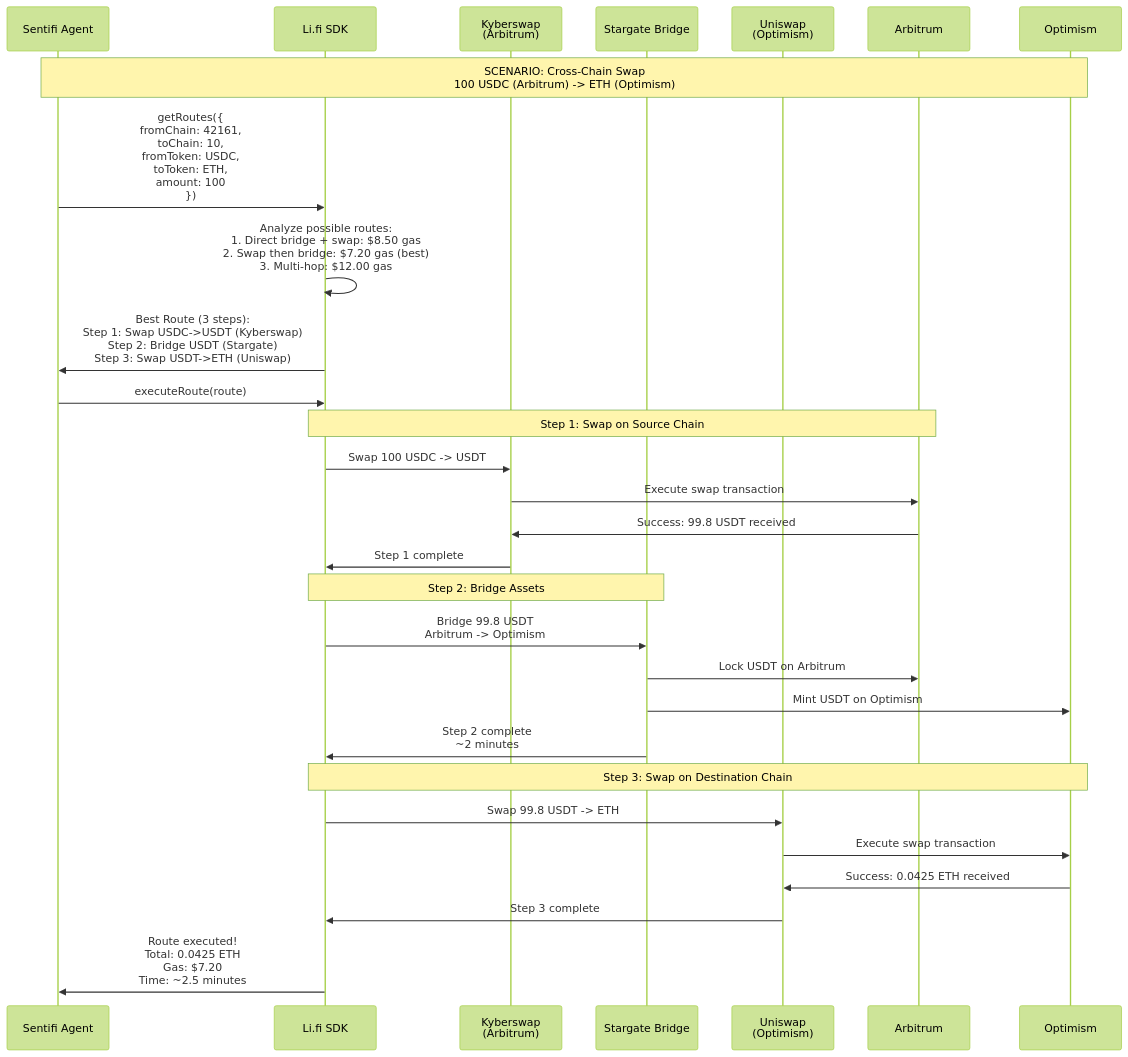
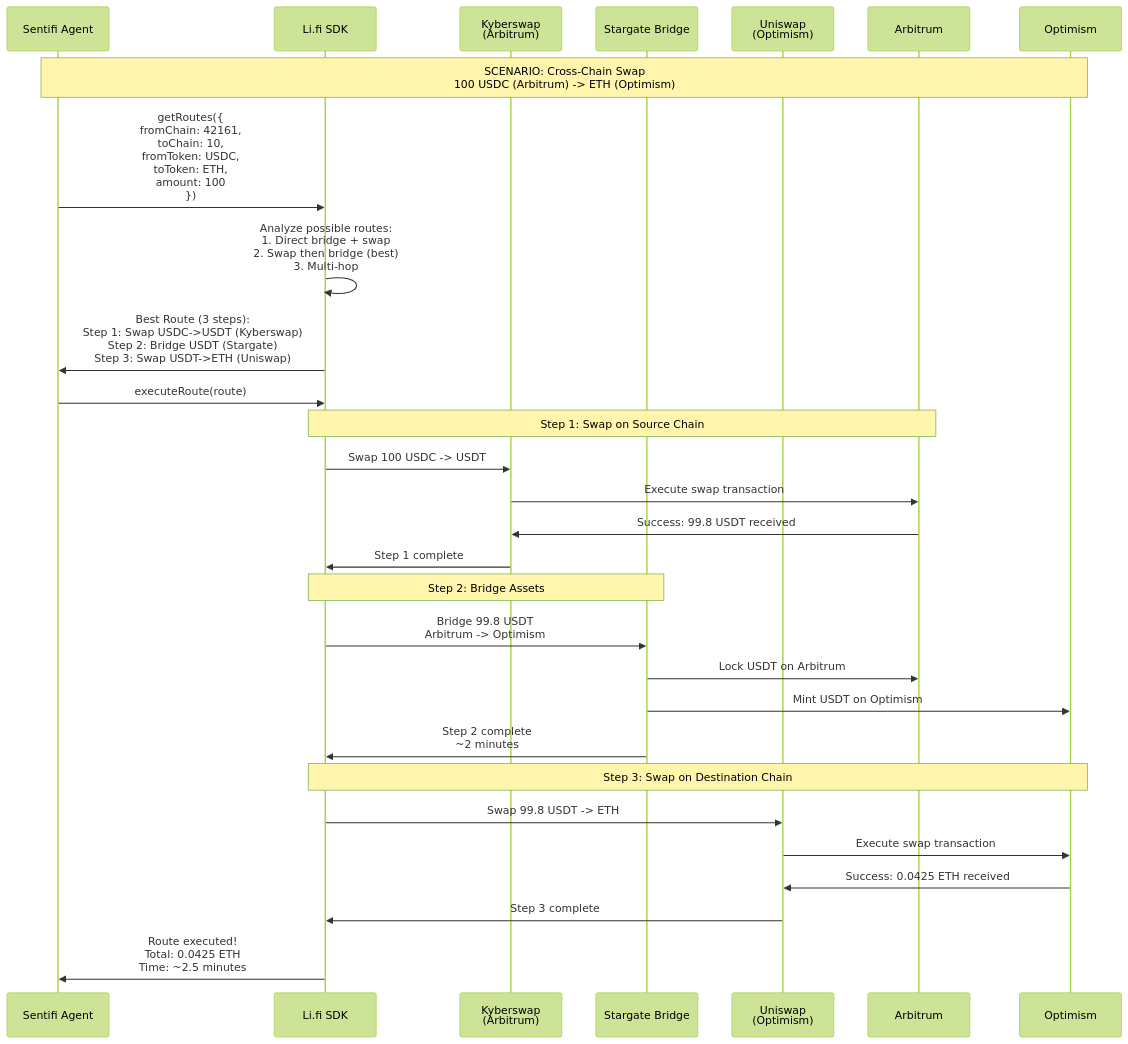
The seventh of 8 diagrams in docs/HACKATHON-FLOWS.md (vhspace/eXpress402), drawn with Mermaid (forest theme) before and after one commit. The commit also changed other lines of this file and 35 other files, not shown here.

````diff
--- a/docs/HACKATHON-FLOWS.md
+++ b/docs/HACKATHON-FLOWS.md
@@ -459,43 +455,43 @@
 ```mermaid
 sequenceDiagram
     participant Agent as Sentifi Agent
     participant Lifi as Li.fi SDK
     participant DEX1 as Kyberswap<br/>(Arbitrum)
     participant Bridge as Stargate Bridge
     participant DEX2 as Uniswap<br/>(Optimism)
     participant Chain1 as Arbitrum
     participant Chain2 as Optimism
 
     Note over Agent,Chain2: SCENARIO: Cross-Chain Swap<br/>100 USDC (Arbitrum) -> ETH (Optimism)
     
     Agent->>Lifi: getRoutes({<br/>  fromChain: 42161,<br/>  toChain: 10,<br/>  fromToken: USDC,<br/>  toToken: ETH,<br/>  amount: 100<br/>})
     
-    Lifi->>Lifi: Analyze possible routes:<br/>1. Direct bridge + swap: $8.50 gas<br/>2. Swap then bridge: $7.20 gas (best)<br/>3. Multi-hop: $12.00 gas
+    Lifi->>Lifi: Analyze possible routes:<br/>1. Direct bridge + swap<br/>2. Swap then bridge (best)<br/>3. Multi-hop
     
     Lifi->>Agent: Best Route (3 steps):<br/>Step 1: Swap USDC->USDT (Kyberswap)<br/>Step 2: Bridge USDT (Stargate)<br/>Step 3: Swap USDT->ETH (Uniswap)
     
     Agent->>Lifi: executeRoute(route)
     
     Note over Lifi,Chain1: Step 1: Swap on Source Chain
     
     Lifi->>DEX1: Swap 100 USDC -> USDT
     DEX1->>Chain1: Execute swap transaction
     Chain1->>DEX1: Success: 99.8 USDT received
     DEX1->>Lifi: Step 1 complete
     
     Note over Lifi,Bridge: Step 2: Bridge Assets
     
     Lifi->>Bridge: Bridge 99.8 USDT<br/>Arbitrum -> Optimism
     Bridge->>Chain1: Lock USDT on Arbitrum
     Bridge->>Chain2: Mint USDT on Optimism
     Bridge->>Lifi: Step 2 complete<br/>~2 minutes
     
     Note over Lifi,Chain2: Step 3: Swap on Destination Chain
     
     Lifi->>DEX2: Swap 99.8 USDT -> ETH
     DEX2->>Chain2: Execute swap transaction
     Chain2->>DEX2: Success: 0.0425 ETH received
     DEX2->>Lifi: Step 3 complete
     
-    Lifi->>Agent: Route executed!<br/>Total: 0.0425 ETH<br/>Gas: $7.20<br/>Time: ~2.5 minutes
+    Lifi->>Agent: Route executed!<br/>Total: 0.0425 ETH<br/>Time: ~2.5 minutes
 ```
````
